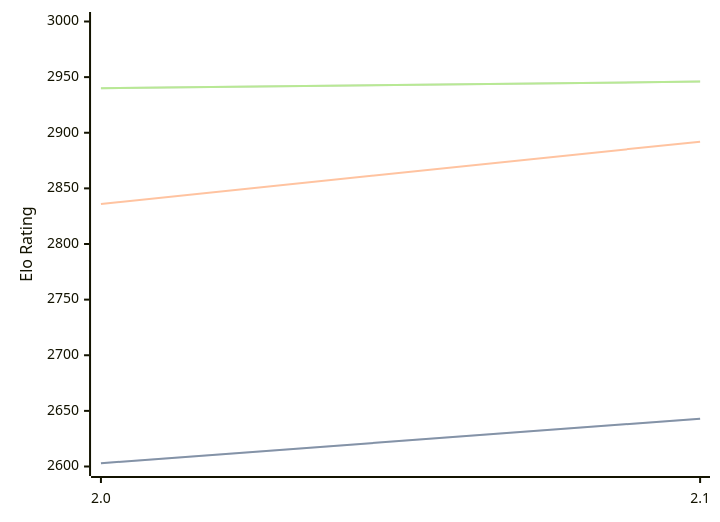
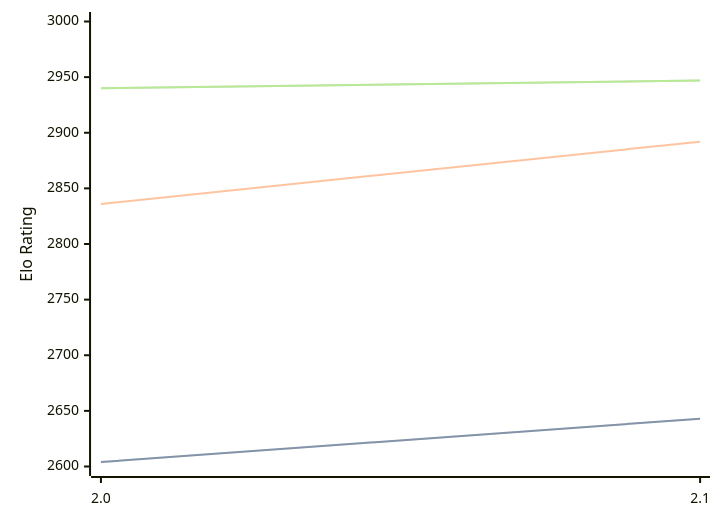
Before and after one commit to computer-chess-index/cci: the diagram in engines/Noggin.md, drawn with Mermaid. The commit also changed other lines of this file, not shown here.

Commit message:
Update CCI Ratings (ELO VLTC) - 2026-10-08

````diff
--- a/engines/Noggin.md
+++ b/engines/Noggin.md
@@ -33,11 +33,11 @@
 ```mermaid
 %%{init: {"theme":"base","themeVariables":{"seriesColors:['#a3a3a3','#222221','#faa371']}}}%%
 xychart-beta
   x-axis ["2.0", "2.1"]
   y-axis "Elo Rating" 2600 --> 3000
-  line "" [2603, 2643]
-  line "STC (8.0+0.08s)" [2603, 2643]
+  line "" [2604, 2643]
+  line "STC (8.0+0.08s)" [2604, 2643]
   line "LTC (60.0+0.60s)" [2836, 2892]
-  line "" [2940, 2946]
-  line "VLTC (2m24s+1.12s)" [2940, 2946]
+  line "" [2940, 2947]
+  line "VLTC (2m24s+1.12s)" [2940, 2947]
 ```
````
